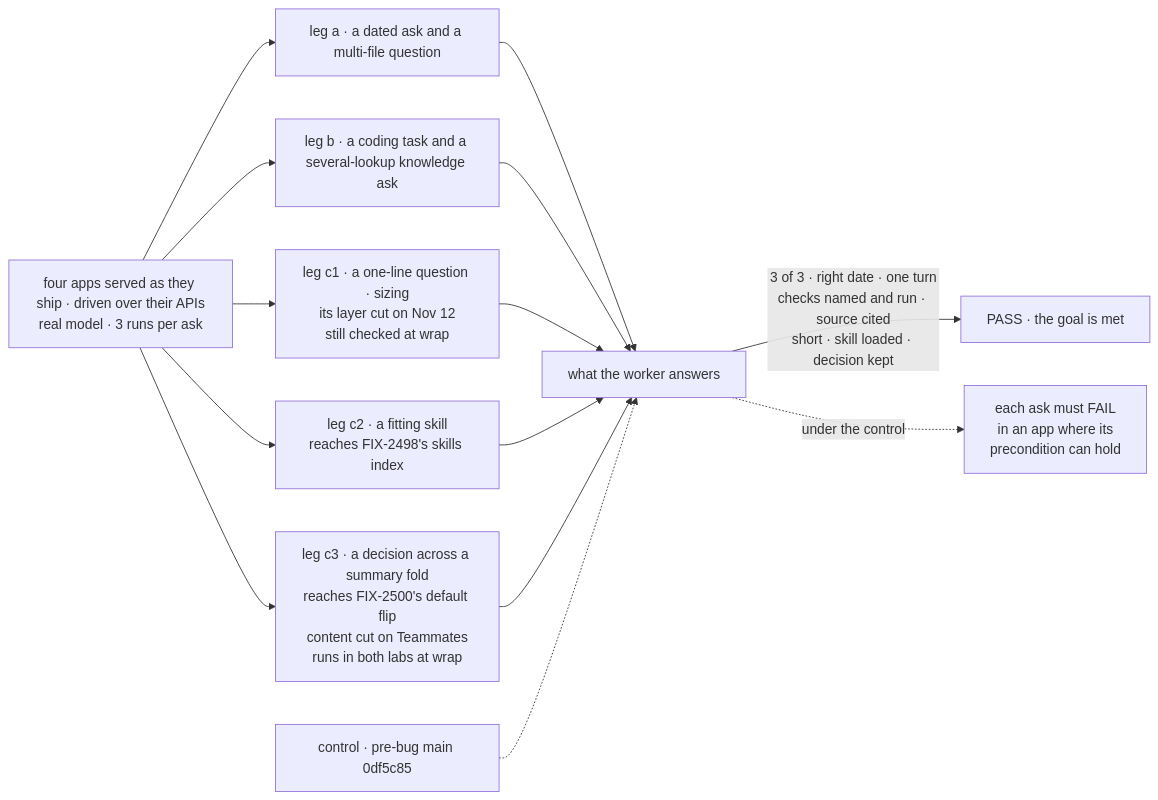
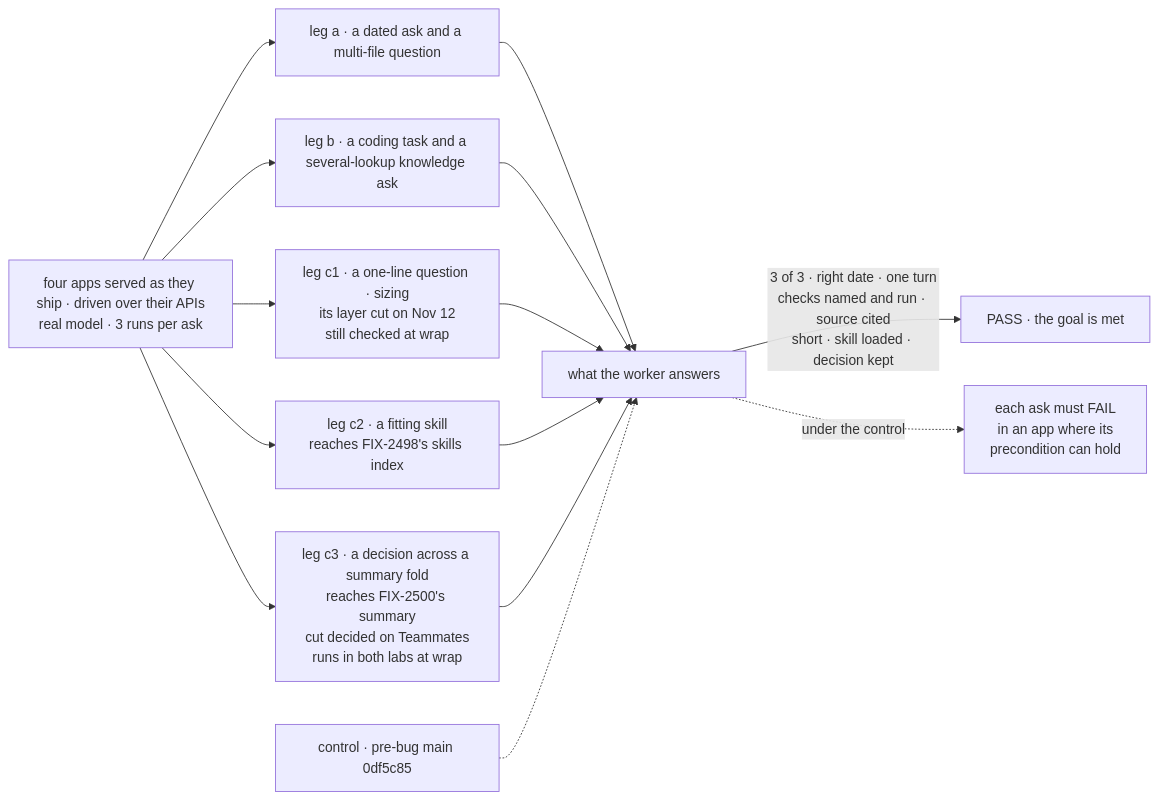
One commit to fixpoint-labs/flow-state-dev changed the first of 2 diagrams in specs/epics/FIX-2490/SPEC.md. Above: the diagram before and after it, drawn with Mermaid. The commit also changed other lines of this file and 2 other files, not shown here.

````diff
--- a/specs/epics/FIX-2490/SPEC.md
+++ b/specs/epics/FIX-2490/SPEC.md
@@ -33,16 +33,16 @@
 ```mermaid
 flowchart LR
   A["four apps served as they ship · driven over their APIs<br/>real model · 3 runs per ask"] --> L1["leg a · a dated ask and a multi-file question"]
   A --> L2["leg b · a coding task and a several-lookup knowledge ask"]
   A --> C1["leg c1 · a one-line question · sizing<br/>its layer cut on Nov 12<br/>still checked at wrap"]
   A --> C2["leg c2 · a fitting skill<br/>reaches FIX-2498's skills index"]
-  A --> C3["leg c3 · a decision across a summary fold<br/>reaches FIX-2500's default flip<br/>content cut on Teammates<br/>runs in both labs at wrap"]
+  A --> C3["leg c3 · a decision across a summary fold<br/>reaches FIX-2500's summary<br/>cut decided on Teammates<br/>runs in both labs at wrap"]
   L1 --> T["what the worker answers"]
   L2 --> T
   C1 --> T
   C2 --> T
   C3 --> T
   T -->|"3 of 3 · right date · one turn<br/>checks named and run · source cited<br/>short · skill loaded · decision kept"| P["PASS · the goal is met"]
   C["control · pre-bug main 0df5c85"] -.-> T
   T -.->|"under the control"| F["each ask must FAIL<br/>in an app where its<br/>precondition can hold"]
 ```
````
